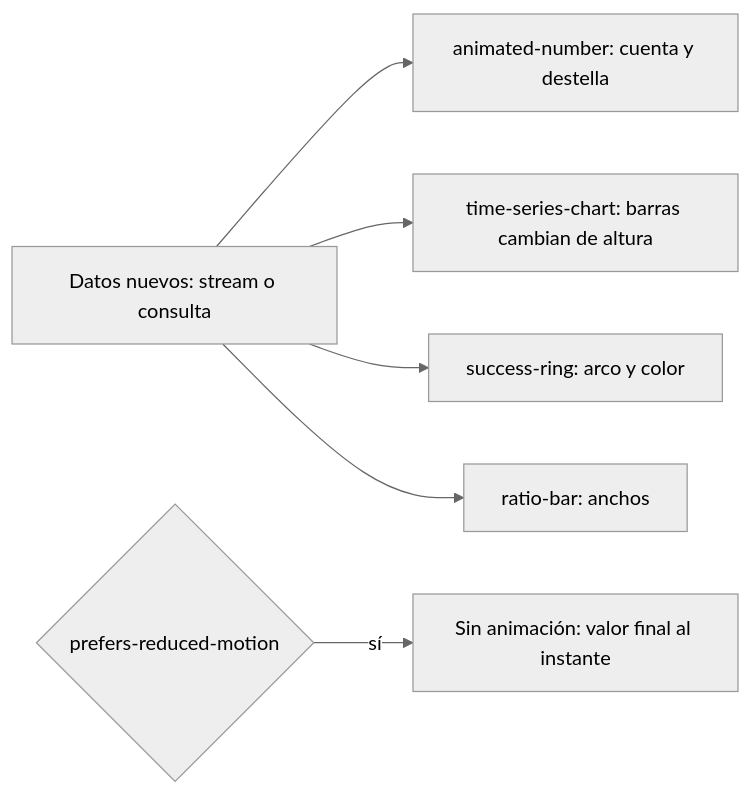
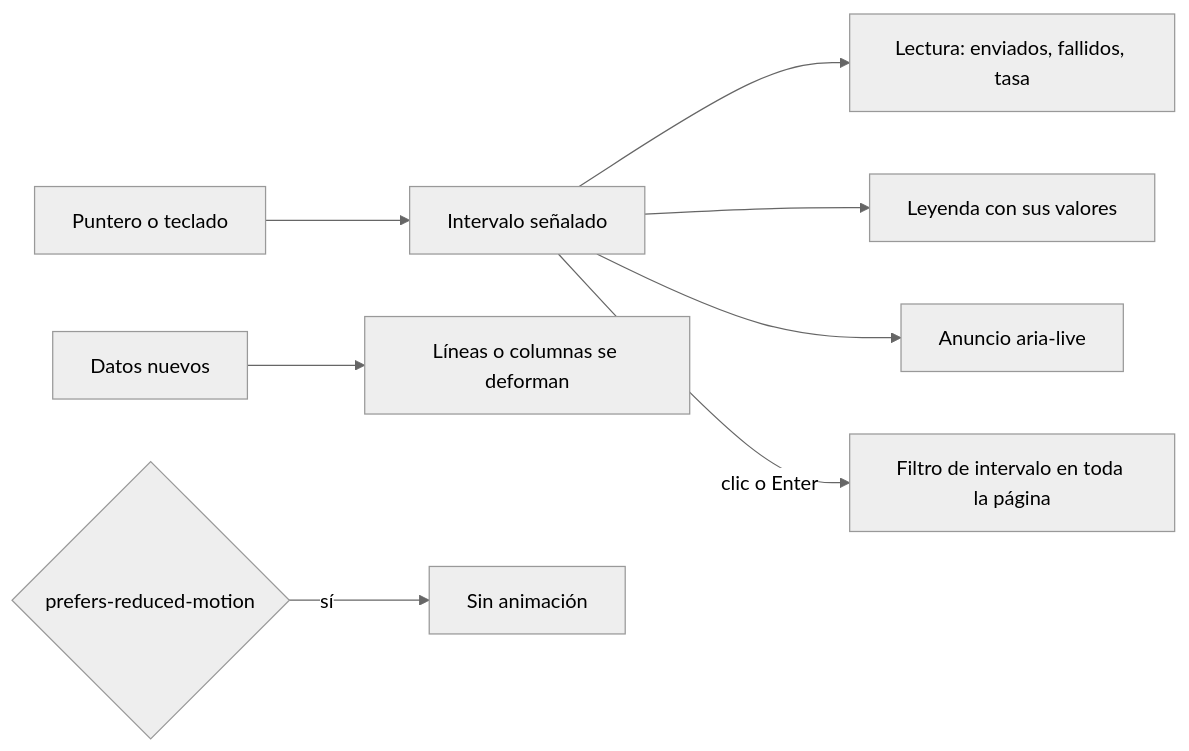
One commit to um-dev-creative/iris changed the third of 3 diagrams in docs/technical/monitoring.md. Above: the diagram before and after it, drawn with Mermaid (neutral theme). The commit also changed other lines of this file and 19 other files, not shown here.

First line of the commit message:
feat(monitoring): redesign the charts: compact, interactive, validated colours

````diff
--- a/docs/technical/monitoring.md
+++ b/docs/technical/monitoring.md
@@ -99,8 +115,10 @@
 ```mermaid
 flowchart LR
-    D[Datos nuevos: stream o consulta] --> N[animated-number: cuenta y destella]
-    D --> B[time-series-chart: barras cambian de altura]
-    D --> R[success-ring: arco y color]
-    D --> P[ratio-bar: anchos]
-    M{prefers-reduced-motion} -->|sí| X[Sin animación: valor final al instante]
+    P[Puntero o teclado] --> H[Intervalo señalado]
+    H --> T[Lectura: enviados, fallidos, tasa]
+    H --> L[Leyenda con sus valores]
+    H --> A[Anuncio aria-live]
+    H -->|clic o Enter| F[Filtro de intervalo en toda la página]
+    D[Datos nuevos] --> M[Líneas o columnas se deforman]
+    R{prefers-reduced-motion} -->|sí| X[Sin animación]
 ```
````
